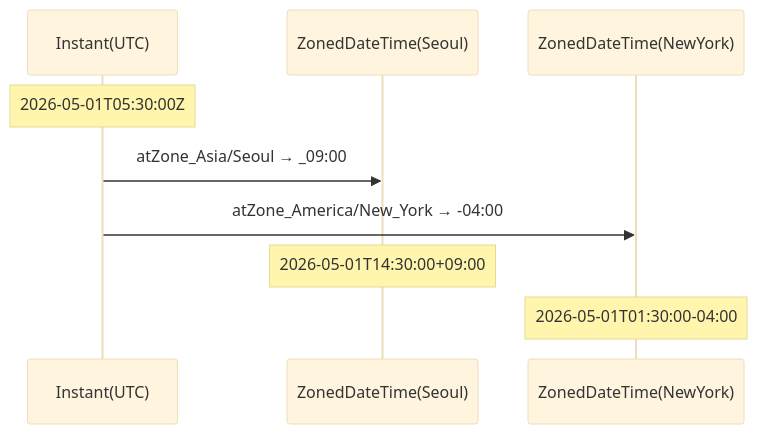
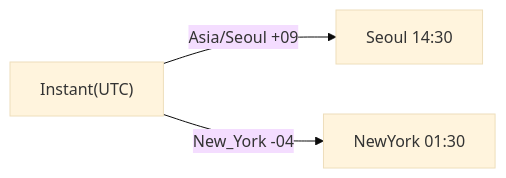
Before and after one commit to yjkim2015/yjkim2015.github.io: the third of 5 diagrams in _posts/java/2026-05-01-java-datetime.md, drawn with Mermaid (base theme). The commit also changed 84 other files, not shown here.

First line of the commit message:
85개 포스트 Mermaid 다이어그램 규칙 일괄 수정

````diff
--- a/_posts/java/2026-05-01-java-datetime.md
+++ b/_posts/java/2026-05-01-java-datetime.md
@@ -185,11 +185,5 @@
 ```mermaid
-sequenceDiagram
-    participant I as Instant(UTC)
-    participant S as ZonedDateTime(Seoul)
-    participant N as ZonedDateTime(NewYork)
-    Note over I: 2026-05-01T05:30:00Z
-    I->>S: atZone_Asia/Seoul → _09:00
-    I->>N: atZone_America/New_York → -04:00
-    Note over S: 2026-05-01T14:30:00+09:00
-    Note over N: 2026-05-01T01:30:00-04:00
+graph LR
+    I["Instant(UTC)"] -->|"Asia/Seoul +09"| S["Seoul 14:30"]
+    I -->|"New_York -04"| N["NewYork 01:30"]
 ```
````
